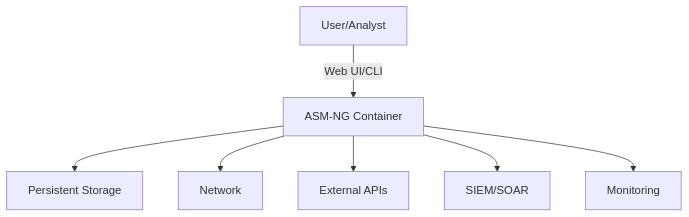
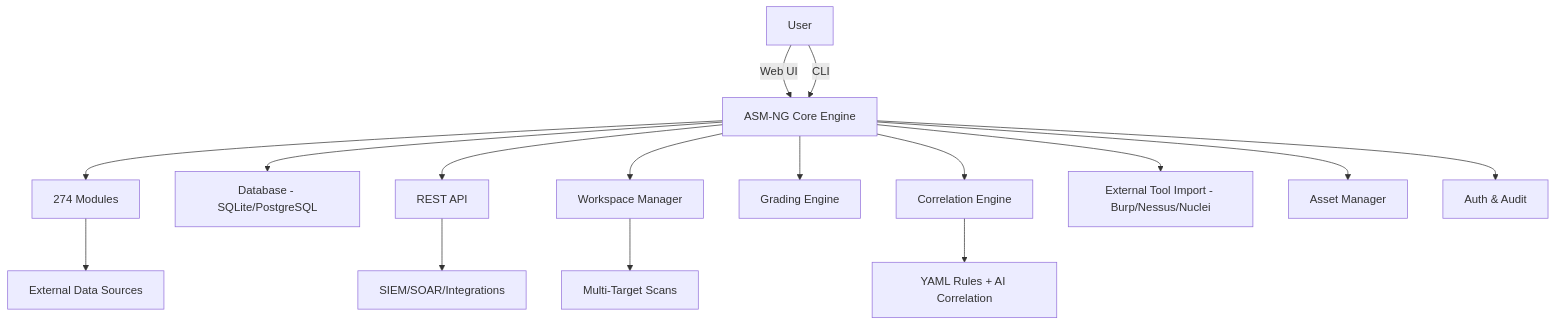
One commit to 0x31i/asm-ng changed the second of 2 diagrams in README.md. Above: the diagram before and after it, drawn with Mermaid. The commit also changed other lines of this file, not shown here.

````diff
--- a/README.md
+++ b/README.md
@@ -133,9 +351,18 @@
 ```mermaid
 graph TD;
-    A[User/Analyst] -->|Web UI/CLI| B[ASM-NG Container];
-    B --> C[Persistent Storage];
-    B --> D[Network];
-    B --> E[External APIs];
-    B --> F[SIEM/SOAR];
-    B --> G[Monitoring];
+    A[User] -->|Web UI| B[ASM-NG Core Engine];
+    A -->|CLI| B;
+    B --> C[274 Modules];
+    B --> D[Database - SQLite/PostgreSQL];
+    B --> E[REST API];
+    B --> F[Workspace Manager];
+    B --> G[Grading Engine];
+    B --> H[Correlation Engine];
+    C --> I[External Data Sources];
+    E --> J[SIEM/SOAR/Integrations];
+    F --> K[Multi-Target Scans];
+    H --> L[YAML Rules + AI Correlation];
+    B --> M[External Tool Import - Burp/Nessus/Nuclei];
+    B --> N[Asset Manager];
+    B --> O[Auth & Audit];
 ```
````
